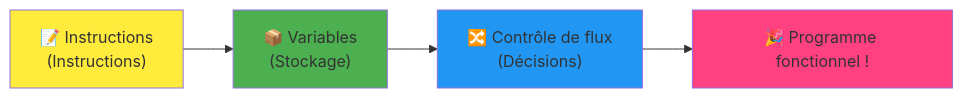
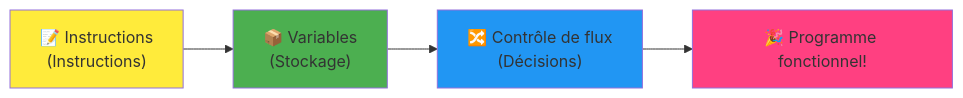
Before and after one commit to microsoft/Web-Dev-For-Beginners: the fourth of 7 diagrams in translations/fr/1-getting-started-lessons/1-intro-to-programming-languages/README.md, drawn with Mermaid. The commit also changed other lines of this file and 393 other files, not shown here.

````diff
--- a/translations/fr/1-getting-started-lessons/1-intro-to-programming-languages/README.md
+++ b/translations/fr/1-getting-started-lessons/1-intro-to-programming-languages/README.md
@@ -467,9 +465,9 @@
 ```mermaid
 flowchart LR
-    A["📝 Instructions<br/>(Instructions)"] --> B["📦 Variables<br/>(Stockage)"] --> C["🔀 Contrôle de flux<br/>(Décisions)"] --> D["🎉 Programme fonctionnel !"]
+    A["📝 Instructions<br/>(Instructions)"] --> B["📦 Variables<br/>(Stockage)"] --> C["🔀 Contrôle de flux<br/>(Décisions)"] --> D["🎉 Programme fonctionnel!"]
     
     style A fill:#ffeb3b
     style B fill:#4caf50
     style C fill:#2196f3
     style D fill:#ff4081
 ```
````
